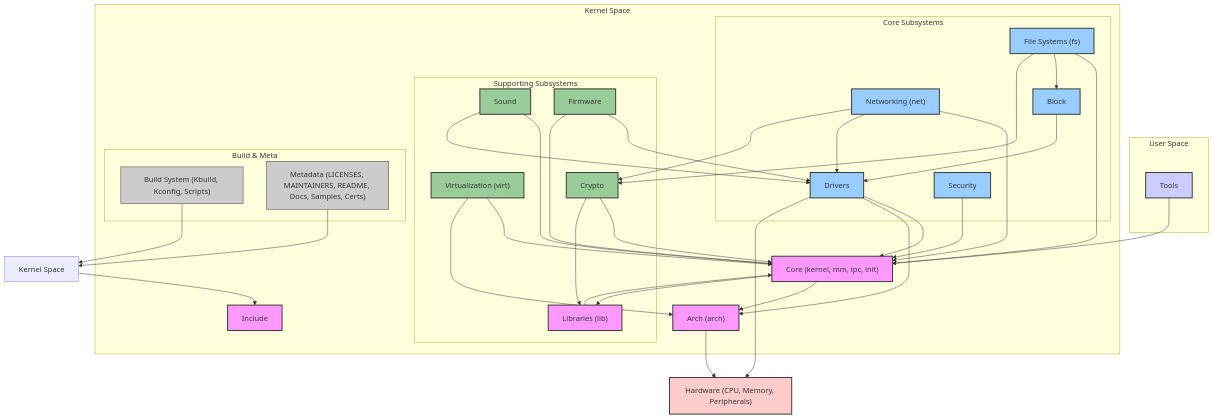
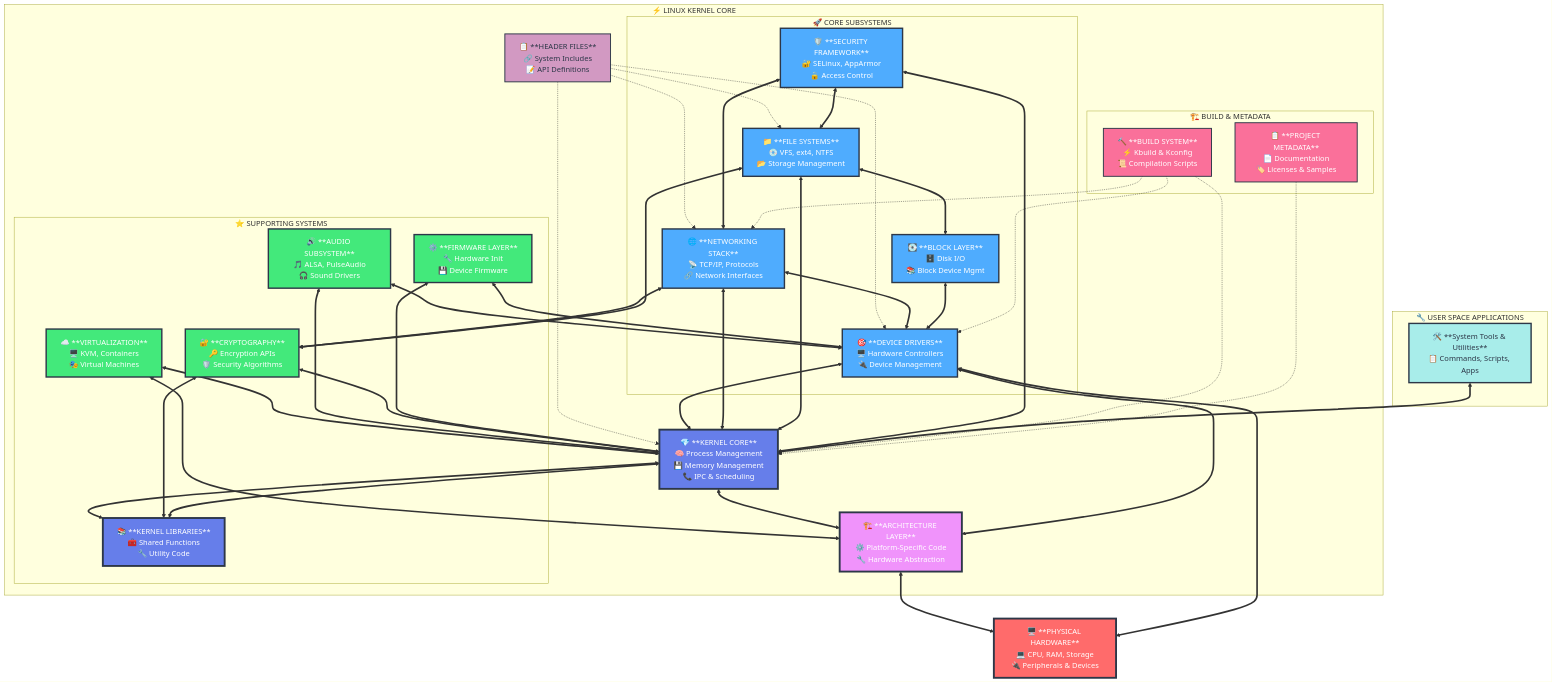
The diagram in docs/kernel_architecture.md (kshravi86/linux), drawn with Mermaid before and after one commit.

````diff
--- a/docs/kernel_architecture.md
+++ b/docs/kernel_architecture.md
@@ -1,94 +1,97 @@
-```mermaid
+``` mermaid
 graph TD
-    subgraph "User Space"
-        Tools
+    subgraph "🔧 USER SPACE APPLICATIONS"
+        Tools["🛠️ **System Tools & Utilities**<br/>📋 Commands, Scripts, Apps"]
     end
-
-    subgraph "Kernel Space"
-        Core["Core (kernel, mm, ipc, init)"]
-        Arch["Arch (arch)"]
-
-        subgraph "Core Subsystems"
-            Drivers
-            Net["Networking (net)"]
-            FS["File Systems (fs)"]
-            Block
-            Security
+    
+    subgraph "⚡ LINUX KERNEL CORE"
+        Core["💎 **KERNEL CORE**<br/>🧠 Process Management<br/>💾 Memory Management<br/>📞 IPC & Scheduling"]
+        Arch["🏗️ **ARCHITECTURE LAYER**<br/>⚙️ Platform-Specific Code<br/>🔧 Hardware Abstraction"]
+        
+        subgraph "🚀 CORE SUBSYSTEMS"
+            Drivers["🎯 **DEVICE DRIVERS**<br/>🖥️ Hardware Controllers<br/>🔌 Device Management"]
+            Net["🌐 **NETWORKING STACK**<br/>📡 TCP/IP, Protocols<br/>🔗 Network Interfaces"]
+            FS["📁 **FILE SYSTEMS**<br/>💿 VFS, ext4, NTFS<br/>📂 Storage Management"]
+            Block["💽 **BLOCK LAYER**<br/>🗄️ Disk I/O<br/>📚 Block Device Mgmt"]
+            Security["🛡️ **SECURITY FRAMEWORK**<br/>🔐 SELinux, AppArmor<br/>🔒 Access Control"]
         end
-
-        subgraph "Supporting Subsystems"
-            Virt["Virtualization (virt)"]
-            Sound
-            Crypto
-            Firmware
-            Lib["Libraries (lib)"]
+        
+        subgraph "⭐ SUPPORTING SYSTEMS"
+            Virt["☁️ **VIRTUALIZATION**<br/>🖥️ KVM, Containers<br/>🎭 Virtual Machines"]
+            Sound["🔊 **AUDIO SUBSYSTEM**<br/>🎵 ALSA, PulseAudio<br/>🎧 Sound Drivers"]
+            Crypto["🔐 **CRYPTOGRAPHY**<br/>🔑 Encryption APIs<br/>🛡️ Security Algorithms"]
+            Firmware["⚙️ **FIRMWARE LAYER**<br/>🔧 Hardware Init<br/>💾 Device Firmware"]
+            Lib["📚 **KERNEL LIBRARIES**<br/>🧰 Shared Functions<br/>🔧 Utility Code"]
         end
-
-        Include
-
-        subgraph "Build & Meta"
-            BuildSystem["Build System (Kbuild, Kconfig, Scripts)"]
-            Metadata["Metadata (LICENSES, MAINTAINERS, README, Docs, Samples, Certs)"]
+        
+        Include["📋 **HEADER FILES**<br/>🔗 System Includes<br/>📝 API Definitions"]
+        
+        subgraph "🏗️ BUILD & METADATA"
+            BuildSystem["🔨 **BUILD SYSTEM**<br/>⚡ Kbuild & Kconfig<br/>📜 Compilation Scripts"]
+            Metadata["📋 **PROJECT METADATA**<br/>📄 Documentation<br/>🏷️ Licenses & Samples"]
         end
     end
-
-    %% Core & Arch Interactions
-    Core --> Arch
-    Arch --> HW["Hardware (CPU, Memory, Peripherals)"]
-    Core --> Lib
-    KernelSpace["Kernel Space"] --> Include
-
+    
+    HW["🖥️ **PHYSICAL HARDWARE**<br/>💻 CPU, RAM, Storage<br/>🔌 Peripherals & Devices"]
+    
+    %% Core & Architecture Connections
+    Core <==> Arch
+    Arch <==> HW
+    Core <==> Lib
+    Include -.-> Core
+    Include -.-> Drivers
+    Include -.-> Net
+    Include -.-> FS
+    
     %% Core Subsystems Interactions
-    Drivers --> Core
-    Drivers --> Arch
-    Drivers --> HW
-
-    Net --> Core
-    Net --> Drivers
-    Net --> Crypto
-
-    FS --> Core
-    FS --> Block
-    FS --> Crypto
-
-    Block --> Drivers
-    Security --> Core
-
-    %% Supporting Subsystems Interactions
-    Virt --> Core
-    Virt --> Arch
-
-    Sound --> Core
-    Sound --> Drivers
-
-    Crypto --> Core
-    Crypto --> Lib
-
-    Firmware --> Drivers
-    Firmware --> Core
-
-    Lib --> Core
-
-
+    Drivers <==> Core
+    Drivers <==> Arch
+    Drivers <==> HW
+    Net <==> Core
+    Net <==> Drivers
+    Net <==> Crypto
+    FS <==> Core
+    FS <==> Block
+    FS <==> Crypto
+    Block <==> Drivers
+    Security <==> Core
+    Security <==> FS
+    Security <==> Net
+    
+    %% Supporting Systems Interactions
+    Virt <==> Core
+    Virt <==> Arch
+    Sound <==> Core
+    Sound <==> Drivers
+    Crypto <==> Core
+    Crypto <==> Lib
+    Firmware <==> Drivers
+    Firmware <==> Core
+    Lib <==> Core
+    
     %% User Space and Build/Meta
-    Tools --> Core
-    BuildSystem --> KernelSpace
-    Metadata --> KernelSpace
-
-
-    %% Style
-    classDef core fill:#f9f,stroke:#333,stroke-width:2px;
-    classDef arch fill:#ff9,stroke:#333,stroke-width:2px;
-    classDef core_subsystem fill:#9cf,stroke:#333,stroke-width:2px;
-    classDef supporting_subsystem fill:#9c9,stroke:#333,stroke-width:2px;
-    classDef buildmeta fill:#ccc,stroke:#333,stroke-width:1px;
-    classDef hardware fill:#fcc,stroke:#333,stroke-width:2px;
-    classDef userspace fill:#ccf,stroke:#333,stroke-width:2px;
-
-    class Core,Arch,Lib,Include core;
-    class Drivers,Net,FS,Block,Security core_subsystem;
-    class Virt,Sound,Crypto,Firmware supporting_subsystem;
-    class BuildSystem,Metadata buildmeta;
-    class HW hardware;
-    class Tools userspace;
+    Tools <==> Core
+    BuildSystem -.-> Core
+    BuildSystem -.-> Drivers
+    BuildSystem -.-> Net
+    Metadata -.-> Core
+    
+    %% Enhanced Styling with Compatible Colors
+    classDef core fill:#667eea,stroke:#2d3748,stroke-width:4px,color:#fff
+    classDef arch fill:#f093fb,stroke:#2d3748,stroke-width:4px,color:#fff
+    classDef core_subsystem fill:#4facfe,stroke:#2d3748,stroke-width:3px,color:#fff
+    classDef supporting_subsystem fill:#43e97b,stroke:#2d3748,stroke-width:3px,color:#fff
+    classDef buildmeta fill:#fa709a,stroke:#2d3748,stroke-width:2px,color:#fff
+    classDef hardware fill:#ff6b6b,stroke:#2d3748,stroke-width:4px,color:#fff
+    classDef userspace fill:#a8edea,stroke:#2d3748,stroke-width:3px,color:#2d3748
+    classDef includes fill:#d299c2,stroke:#2d3748,stroke-width:2px,color:#2d3748
+    
+    class Core,Lib core
+    class Arch arch
+    class Drivers,Net,FS,Block,Security core_subsystem
+    class Virt,Sound,Crypto,Firmware supporting_subsystem
+    class BuildSystem,Metadata buildmeta
+    class HW hardware
+    class Tools userspace
+    class Include includes
 ```
````
